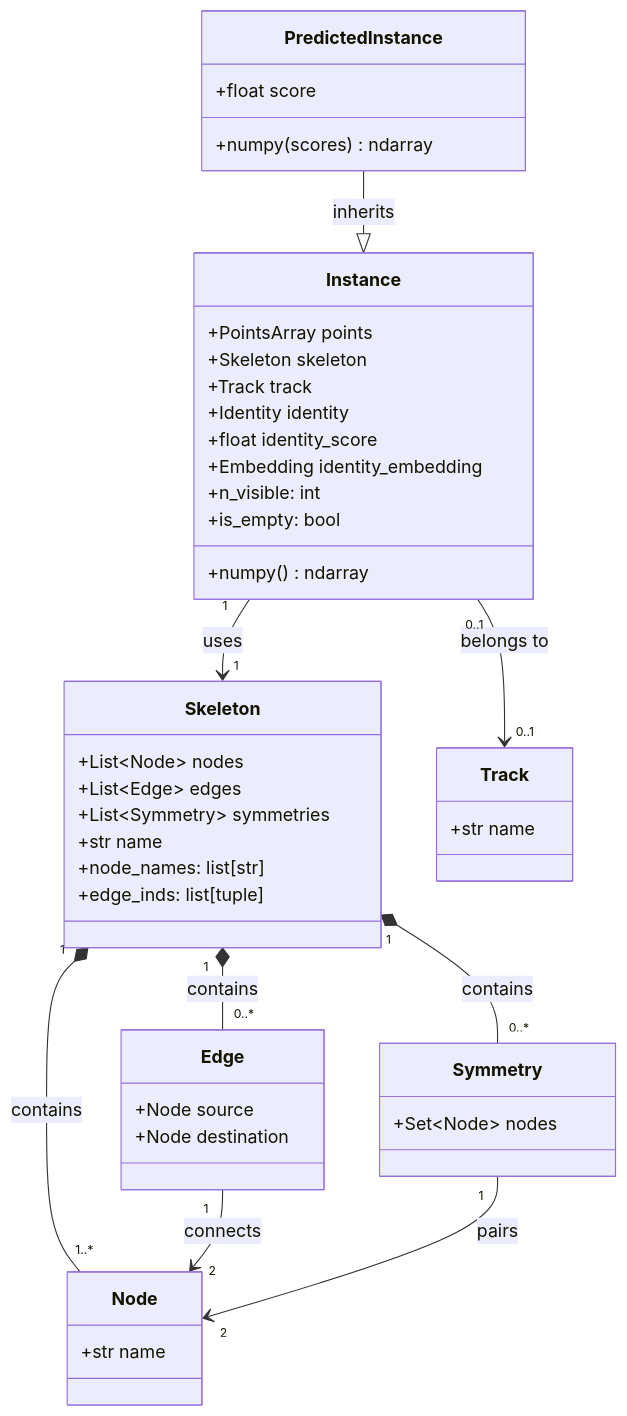
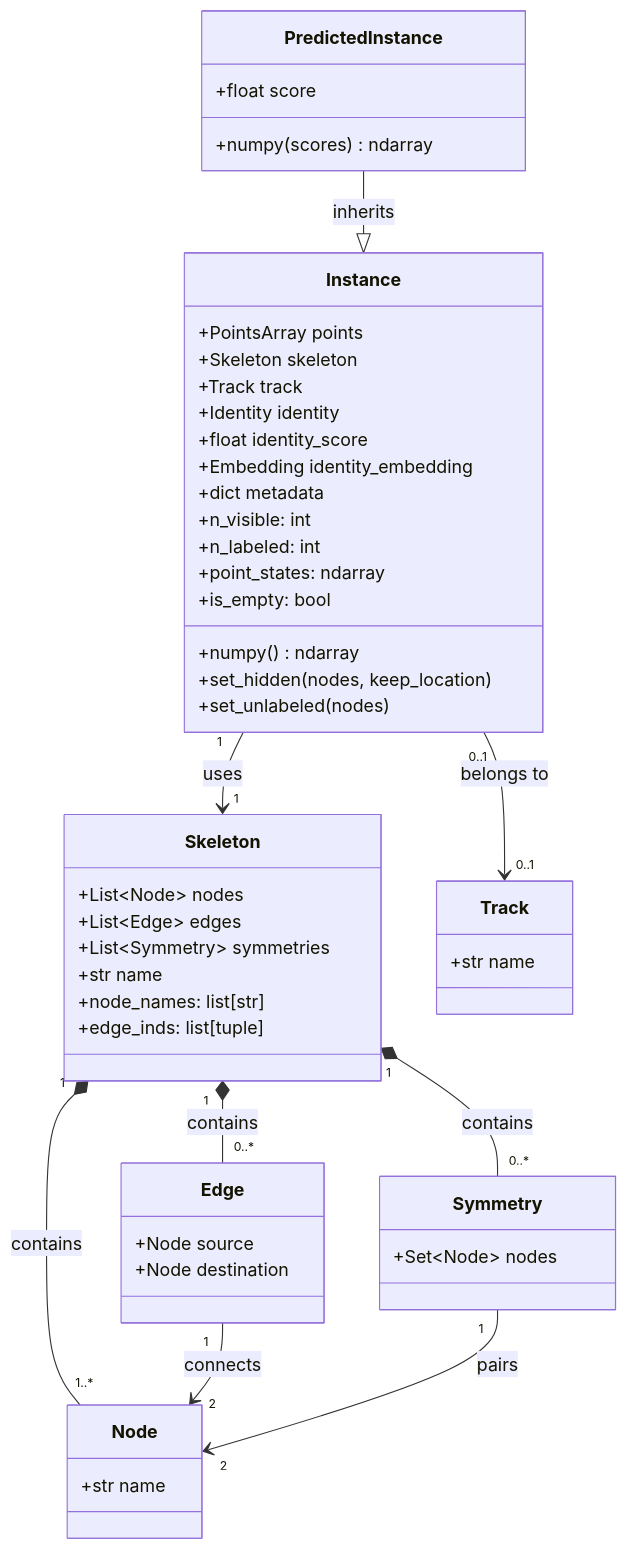
Before and after one commit to talmolab/sleap-io: the diagram in docs/model/poses.md, drawn with Mermaid. The commit also changed other lines of this file and 5 other files, not shown here.

Commit message:
docs: document point flags, PointState, metadata and `unlabeled_as`

````diff
--- a/docs/model/poses.md
+++ b/docs/model/poses.md
@@ -375,55 +537,60 @@
 ``` mermaid
 classDiagram
     class Skeleton {
         +List~Node~ nodes
         +List~Edge~ edges
         +List~Symmetry~ symmetries
         +str name
         +node_names: list[str]
         +edge_inds: list[tuple]
     }
 
     class Node {
         +str name
     }
 
     class Edge {
         +Node source
         +Node destination
     }
 
     class Symmetry {
         +Set~Node~ nodes
     }
 
     class Instance {
         +PointsArray points
         +Skeleton skeleton
         +Track track
         +Identity identity
         +float identity_score
         +Embedding identity_embedding
+        +dict metadata
         +numpy() ndarray
         +n_visible: int
+        +n_labeled: int
+        +point_states: ndarray
         +is_empty: bool
+        +set_hidden(nodes, keep_location)
+        +set_unlabeled(nodes)
     }
 
     class PredictedInstance {
         +float score
         +numpy(scores) ndarray
     }
 
     class Track {
         +str name
     }
 
     Skeleton "1" *-- "1..*" Node : contains
     Skeleton "1" *-- "0..*" Edge : contains
     Skeleton "1" *-- "0..*" Symmetry : contains
     Edge "1" --> "2" Node : connects
     Symmetry "1" --> "2" Node : pairs
 
     Instance "1" --> "1" Skeleton : uses
     Instance "0..1" --> "0..1" Track : belongs to
     PredictedInstance --|> Instance : inherits
 ```
````
